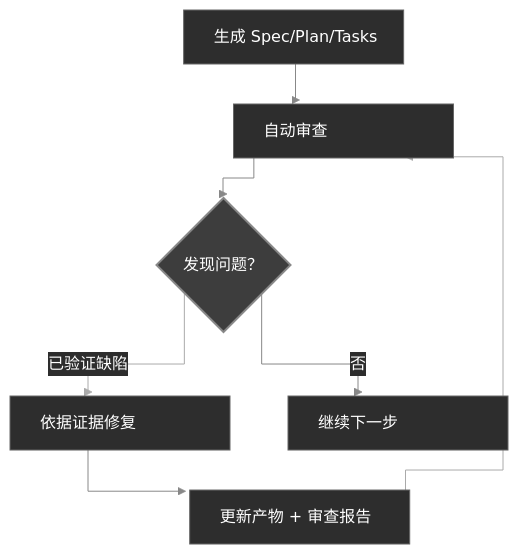
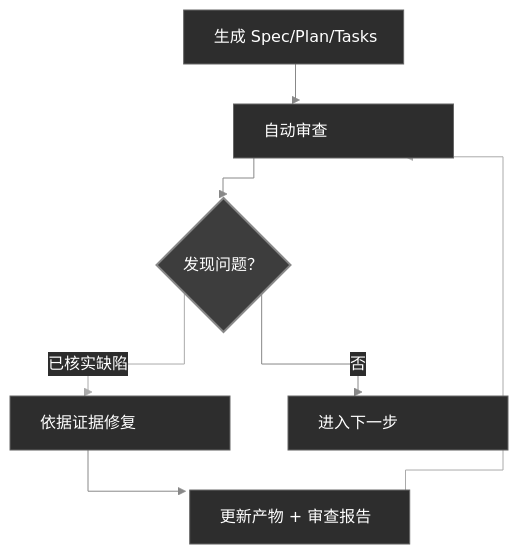
Before and after one commit to Zts0hg/codexspec: the diagram in README.zh-CN.md, drawn with Mermaid. The commit also changed other lines of this file and 6 other files, not shown here.

````diff
--- a/README.zh-CN.md
+++ b/README.zh-CN.md
@@ -344,31 +348,31 @@
 ```mermaid
 %%{init: {
   'theme': 'base',
   'themeVariables': {
     'lineColor': '#888888',
     'primaryColor': '#2d2d2d',
     'primaryTextColor': '#ffffff',
     'primaryBorderColor': '#666666'
   },
   'flowchart': {
     'curve': 'stepBefore',
     'nodeSpacing': 50,
     'rankSpacing': 40
   }
 }}%%
 flowchart TB
     classDef rectStyle fill:#2d2d2d,stroke:#666,stroke-width:1px,color:#fff,width:220px;
     classDef diamondStyle fill:#3d3d3d,stroke:#888,stroke-width:2px,color:#fff;
 
     A["生成 Spec/Plan/Tasks"]:::rectStyle --> B["自动审查"]:::rectStyle
     B --> C{"发现问题？"}:::diamondStyle
 
-    C -->|已验证缺陷| D["依据证据修复"]:::rectStyle
+    C -->|已核实缺陷| D["依据证据修复"]:::rectStyle
     D --> E["更新产物 + 审查报告"]:::rectStyle
 
     E --> B
 
-    C -->|否| F["继续下一步"]:::rectStyle
+    C -->|否| F["进入下一步"]:::rectStyle
 
     linkStyle 2,4 stroke:#aaa,stroke-width:1px;
 ```
````
